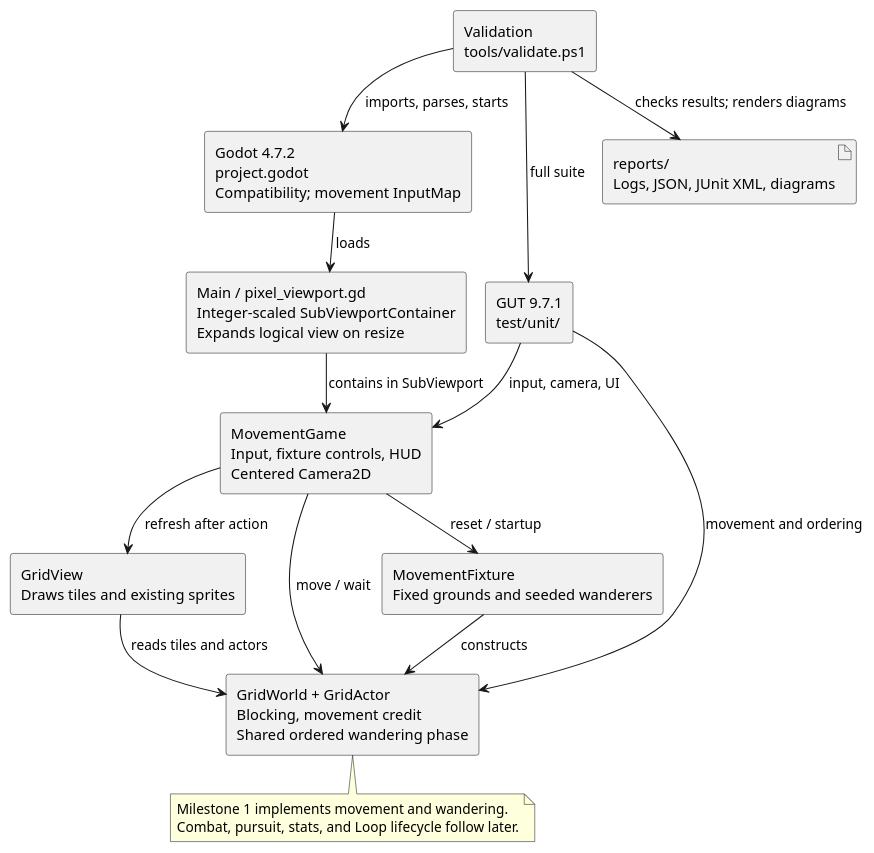
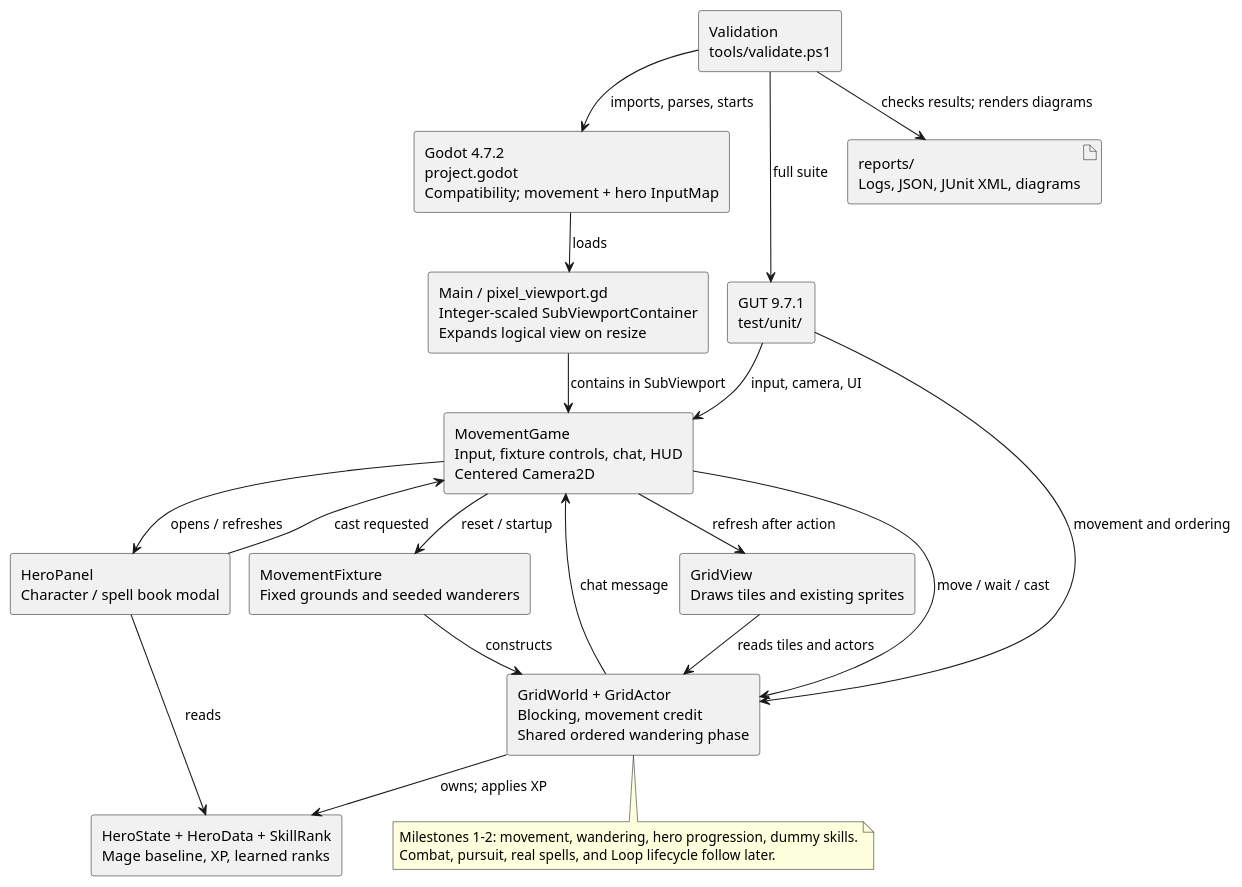
One commit to VHonzik/Ostinato changed the diagram in docs/architecture/components.puml. Above: the diagram before and after it, drawn with PlantUML. The commit also changed 23 other files, not shown here.

Commit message:
Implement milestone 2 hero progression and development skills

```diff
--- a/docs/architecture/components.puml
+++ b/docs/architecture/components.puml
@@ -1,35 +1,42 @@
 @startuml
 !pragma layout smetana
 skinparam componentStyle rectangle
 skinparam shadowing false
 skinparam nodesep 55
 skinparam ranksep 45
 
-component "Godot 4.7.2\nproject.godot\nCompatibility; movement InputMap" as Godot
+component "Godot 4.7.2\nproject.godot\nCompatibility; movement + hero InputMap" as Godot
 component "Main / pixel_viewport.gd\nInteger-scaled SubViewportContainer\nExpands logical view on resize" as Main
-component "MovementGame\nInput, fixture controls, HUD\nCentered Camera2D" as Game
+component "MovementGame\nInput, fixture controls, chat, HUD\nCentered Camera2D" as Game
 component "GridView\nDraws tiles and existing sprites" as View
 component "GridWorld + GridActor\nBlocking, movement credit\nShared ordered wandering phase" as World
+component "HeroState + HeroData + SkillRank\nMage baseline, XP, learned ranks" as Hero
+component "HeroPanel\nCharacter / spell book modal" as Panel
 component "MovementFixture\nFixed grounds and seeded wanderers" as Fixture
 component "GUT 9.7.1\ntest/unit/" as Tests
 component "Validation\ntools/validate.ps1" as Validation
 artifact "reports/\nLogs, JSON, JUnit XML, diagrams" as Reports
 
 Godot --> Main : loads
 Main --> Game : contains in SubViewport
 Game --> Fixture : reset / startup
 Fixture --> World : constructs
-Game --> World : move / wait
+Game --> World : move / wait / cast
+World --> Hero : owns; applies XP
+Game --> Panel : opens / refreshes
+Panel --> Game : cast requested
+Panel --> Hero : reads
+World --> Game : chat message
 Game --> View : refresh after action
 View --> World : reads tiles and actors
 Validation --> Godot : imports, parses, starts
 Validation --> Tests : full suite
 Tests --> Game : input, camera, UI
 Tests --> World : movement and ordering
 Validation --> Reports : checks results; renders diagrams
 
 note bottom of World
-Milestone 1 implements movement and wandering.
-Combat, pursuit, stats, and Loop lifecycle follow later.
+Milestones 1–2: movement, wandering, hero progression, dummy skills.
+Combat, pursuit, real spells, and Loop lifecycle follow later.
 end note
 @enduml
```
